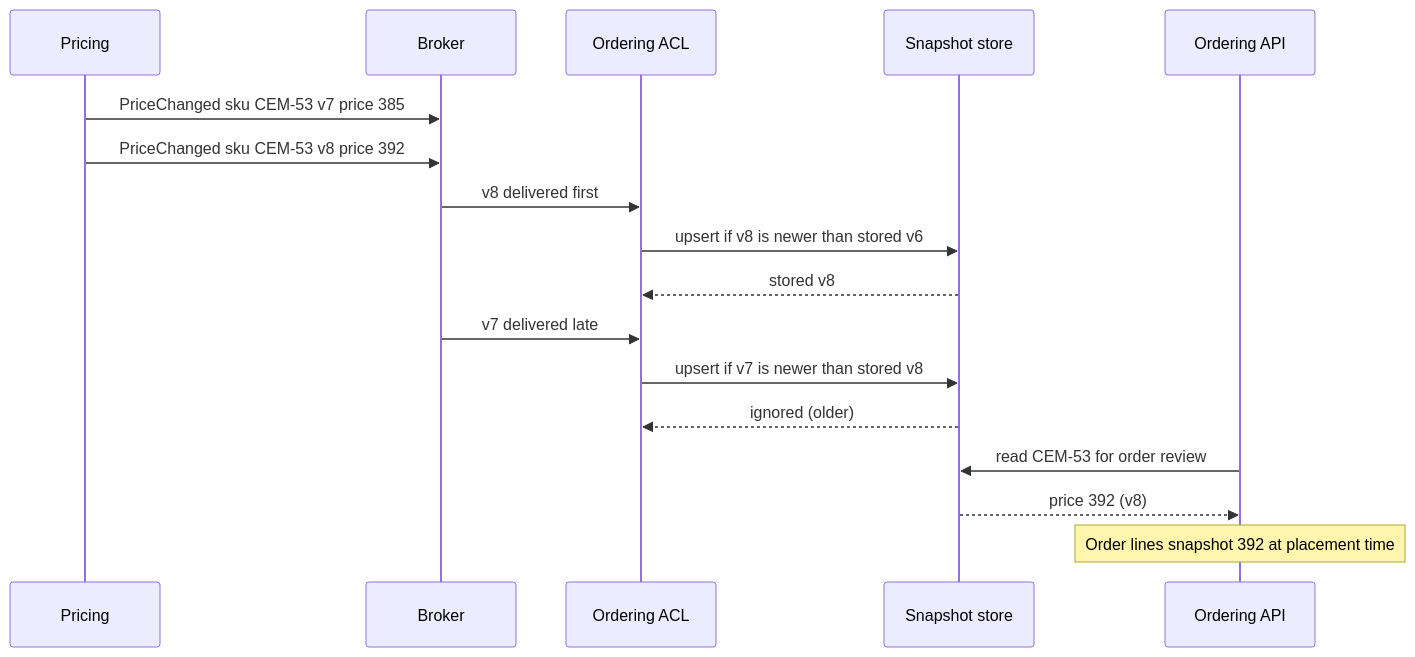
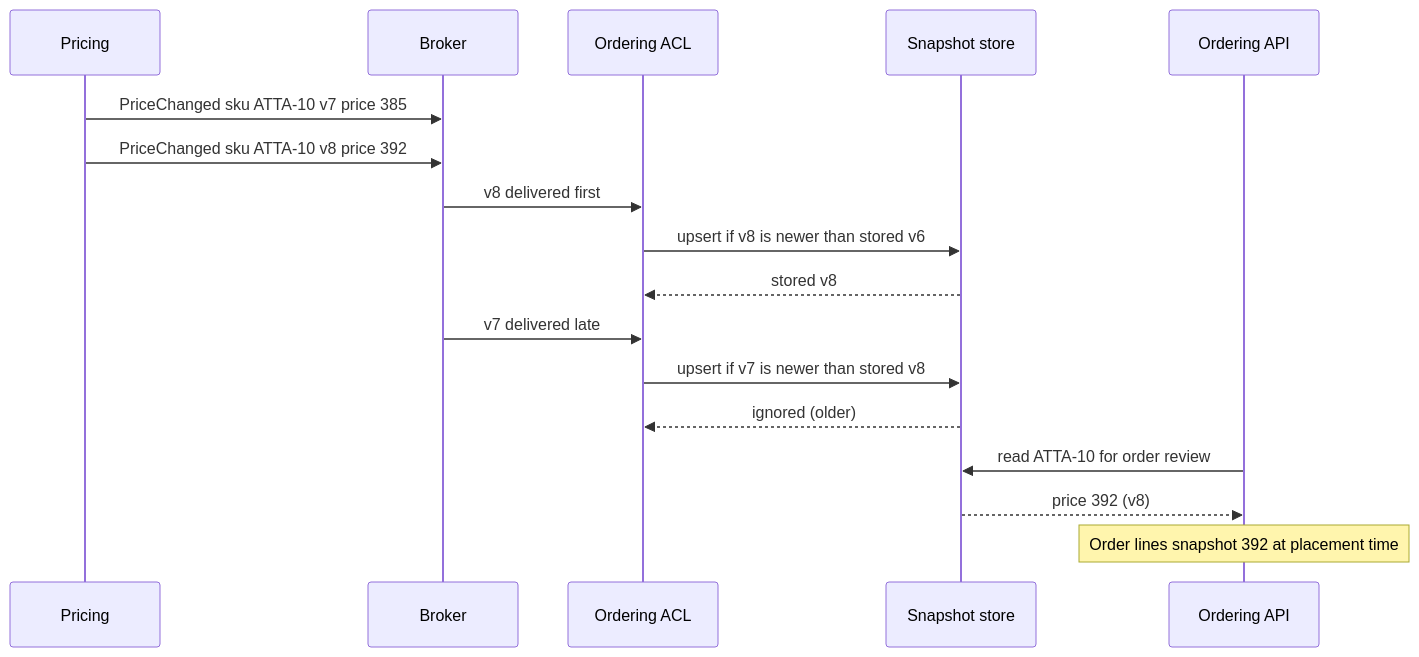
Before and after one commit to rizwi0786/system-design-lab: the second of 2 diagrams in content/lessons/m16/m16-service-boundaries.md, drawn with Mermaid. The commit also changed other lines of this file and 334 other files, not shown here.

````diff
--- a/content/lessons/m16/m16-service-boundaries.md
+++ b/content/lessons/m16/m16-service-boundaries.md
@@ -191,19 +191,19 @@
 ```mermaid
 sequenceDiagram
     participant P as Pricing
     participant B as Broker
     participant A as Ordering ACL
     participant S as Snapshot store
     participant O as Ordering API
-    P->>B: PriceChanged sku CEM-53 v7 price 385
-    P->>B: PriceChanged sku CEM-53 v8 price 392
+    P->>B: PriceChanged sku ATTA-10 v7 price 385
+    P->>B: PriceChanged sku ATTA-10 v8 price 392
     B->>A: v8 delivered first
     A->>S: upsert if v8 is newer than stored v6
     S-->>A: stored v8
     B->>A: v7 delivered late
     A->>S: upsert if v7 is newer than stored v8
     S-->>A: ignored (older)
-    O->>S: read CEM-53 for order review
+    O->>S: read ATTA-10 for order review
     S-->>O: price 392 (v8)
     Note over O: Order lines snapshot 392 at placement time
 ```
````
